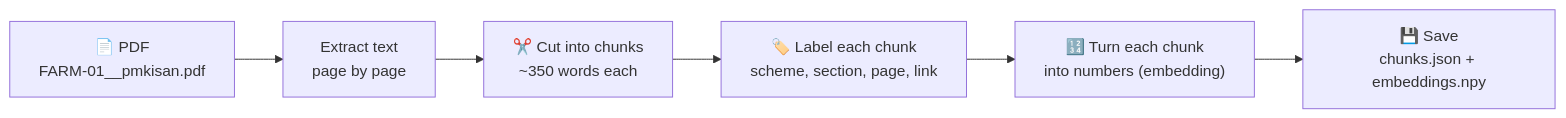
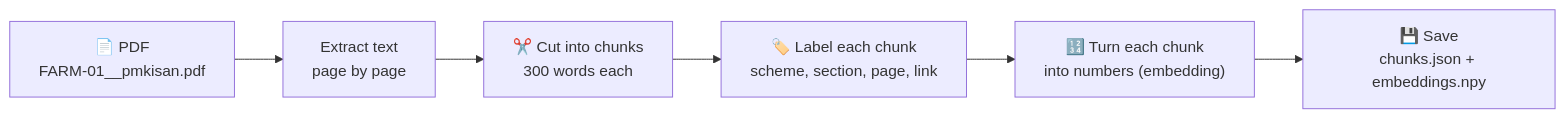
Before and after one commit to aakash-github/jansahayak: the third of 4 diagrams in docs/HOW_IT_WORKS.md, drawn with Mermaid. The commit also changed other lines of this file and 4 other files, not shown here.

````diff
--- a/docs/HOW_IT_WORKS.md
+++ b/docs/HOW_IT_WORKS.md
@@ -149,8 +151,8 @@
 ```mermaid
 flowchart LR
   A["📄 PDF<br/>FARM-01__pmkisan.pdf"] --> B["Extract text<br/>page by page"]
-  B --> C["✂️ Cut into chunks<br/>~350 words each"]
+  B --> C["✂️ Cut into chunks<br/>300 words each"]
   C --> D["🏷️ Label each chunk<br/>scheme, section, page, link"]
   D --> E["🔢 Turn each chunk<br/>into numbers (embedding)"]
   E --> F["💾 Save<br/>chunks.json + embeddings.npy"]
 ```
````
